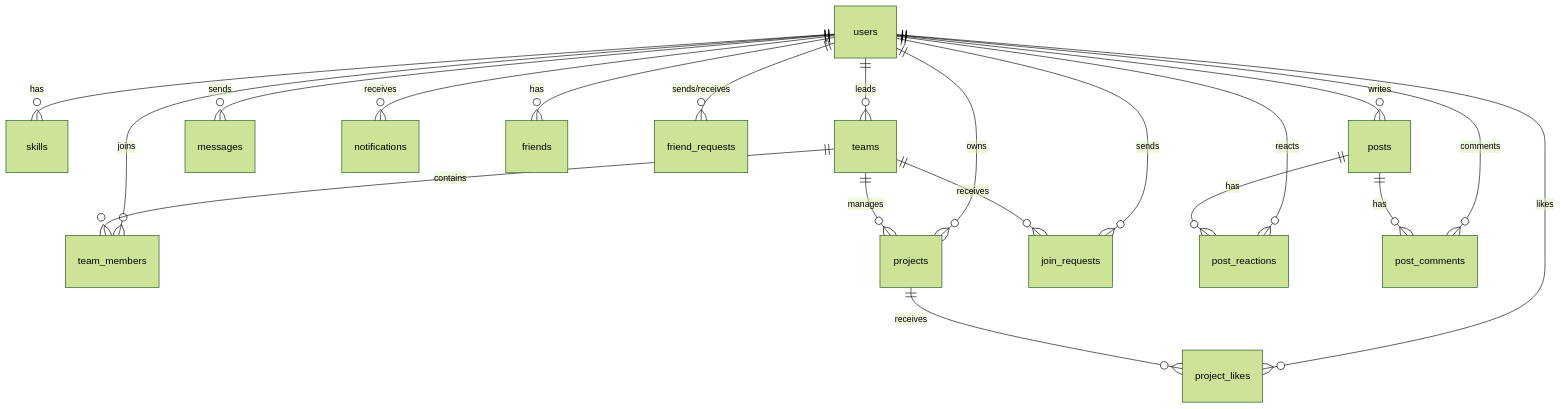
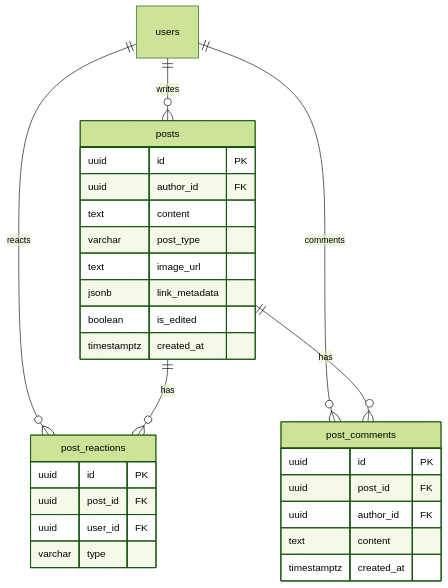
Before and after one commit to Ti838/Project-Hive: the third of 10 diagrams in docs/DATABASE_DESIGN.md, drawn with Mermaid (forest theme). The commit also changed other lines of this file and 35 other files, not shown here.

Commit message:
feat: Complete platform to 100% — polls, mentions, message edit, dashboard widgets, settings sessions/export, university filter, admin audit/reports/email blast, updated docs with diagrams

````diff
--- a/docs/DATABASE_DESIGN.md
+++ b/docs/DATABASE_DESIGN.md
@@ -11,25 +110,34 @@
 ```mermaid
 erDiagram
-    users ||--o{ skills : "has"
-    users ||--o{ teams : "leads"
-    users ||--o{ team_members : "joins"
-    users ||--o{ projects : "owns"
-    users ||--o{ project_likes : "likes"
-    users ||--o{ messages : "sends"
-    users ||--o{ notifications : "receives"
-    users ||--o{ friends : "has"
-    users ||--o{ friend_requests : "sends/receives"
-    users ||--o{ join_requests : "sends"
+    posts {
+        uuid id PK
+        uuid author_id FK
+        text content
+        varchar post_type
+        text image_url
+        jsonb link_metadata
+        boolean is_edited
+        timestamptz created_at
+    }
+
+    post_reactions {
+        uuid id PK
+        uuid post_id FK
+        uuid user_id FK
+        varchar type
+    }
+
+    post_comments {
+        uuid id PK
+        uuid post_id FK
+        uuid author_id FK
+        text content
+        timestamptz created_at
+    }
+
     users ||--o{ posts : "writes"
     users ||--o{ post_reactions : "reacts"
     users ||--o{ post_comments : "comments"
-
-    teams ||--o{ team_members : "contains"
-    teams ||--o{ join_requests : "receives"
-    teams ||--o{ projects : "manages"
-
     posts ||--o{ post_reactions : "has"
     posts ||--o{ post_comments : "has"
-    
-    projects ||--o{ project_likes : "receives"
 ```
````
